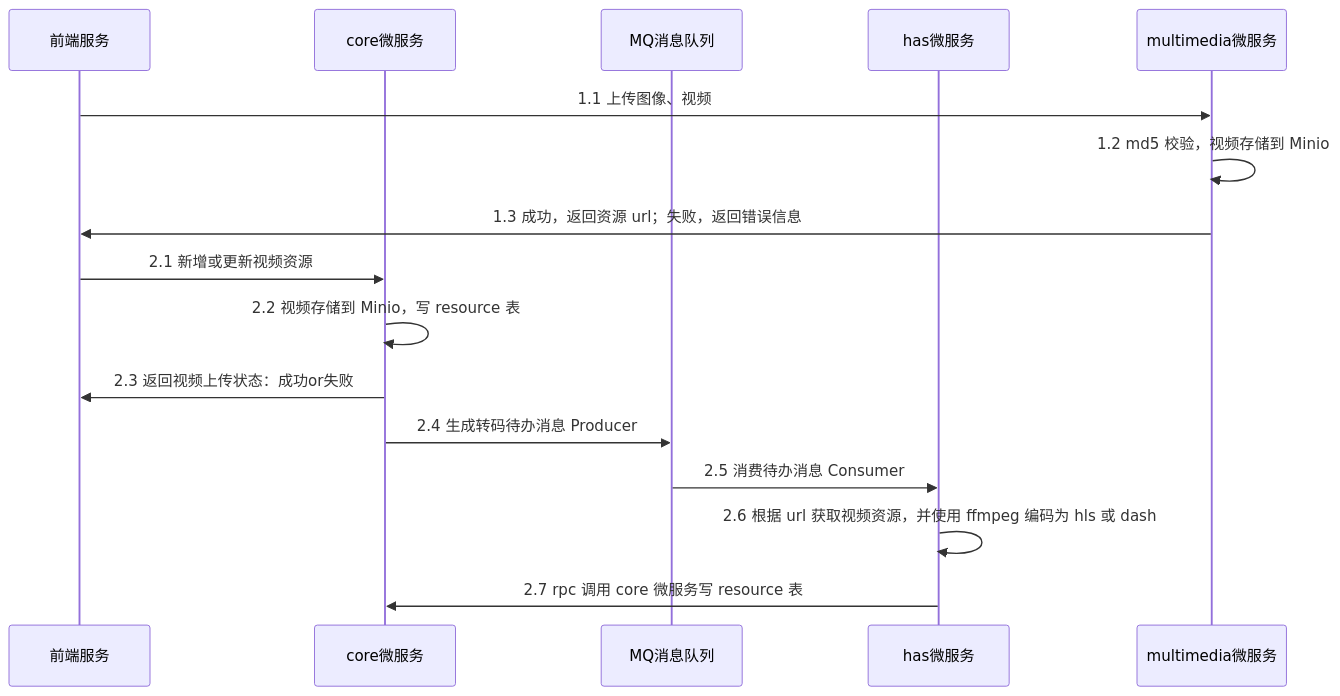
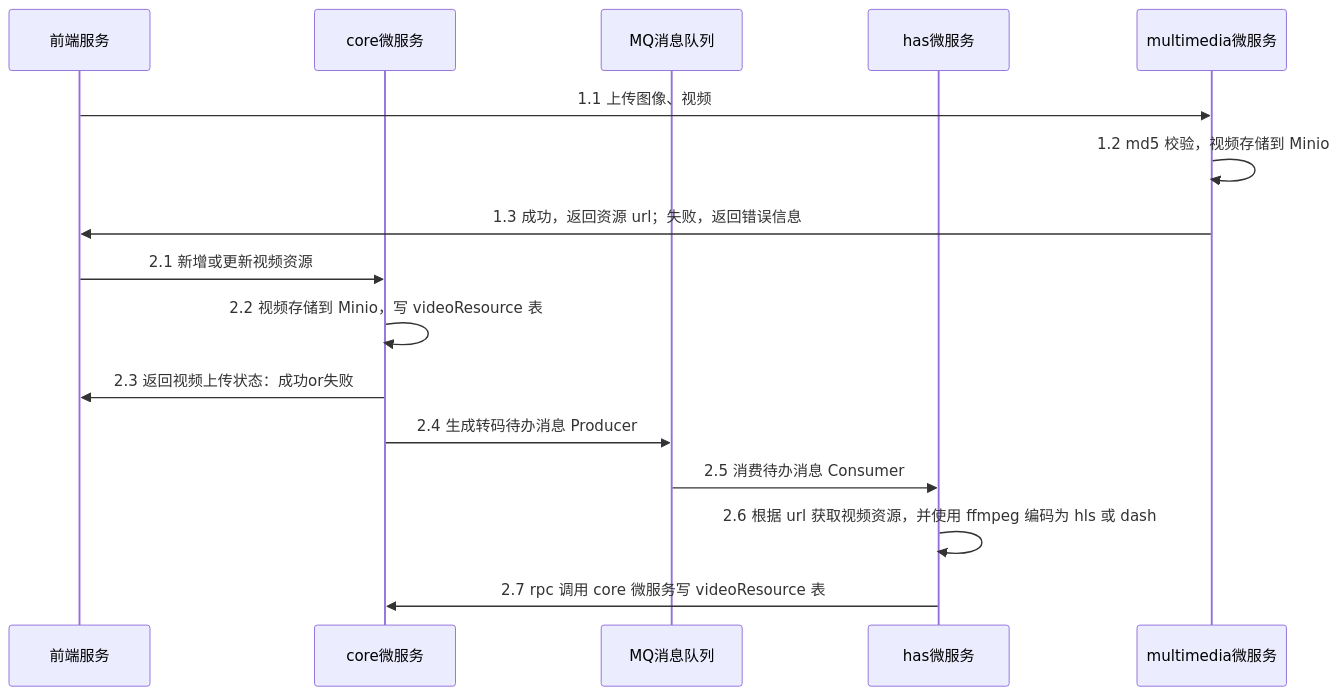
The diagram in has/README.md (xiaolinstar/magic-video-backend), drawn with Mermaid before and after one commit. The commit also changed 43 other files, not shown here.

````diff
--- a/has/README.md
+++ b/has/README.md
@@ -21,18 +21,18 @@
 ```mermaid
 sequenceDiagram
     participant 前端服务
     participant core微服务
     participant MQ消息队列
     participant has微服务
     participant multimedia微服务
     前端服务 ->> multimedia微服务: 1.1 上传图像、视频
     multimedia微服务 ->> multimedia微服务: 1.2 md5 校验，视频存储到 Minio
     multimedia微服务 ->> 前端服务: 1.3 成功，返回资源 url；失败，返回错误信息
     前端服务 ->> core微服务: 2.1 新增或更新视频资源
-    core微服务 ->> core微服务: 2.2 视频存储到 Minio，写 resource 表
+    core微服务 ->> core微服务: 2.2 视频存储到 Minio，写 videoResource 表
     core微服务 ->> 前端服务: 2.3 返回视频上传状态：成功or失败
     core微服务 ->> MQ消息队列: 2.4 生成转码待办消息 Producer
     MQ消息队列 ->> has微服务: 2.5 消费待办消息 Consumer
     has微服务 ->> has微服务: 2.6 根据 url 获取视频资源，并使用 ffmpeg 编码为 hls 或 dash
-    has微服务 ->> core微服务: 2.7 rpc 调用 core 微服务写 resource 表
+    has微服务 ->> core微服务: 2.7 rpc 调用 core 微服务写 videoResource 表
 ```
````
